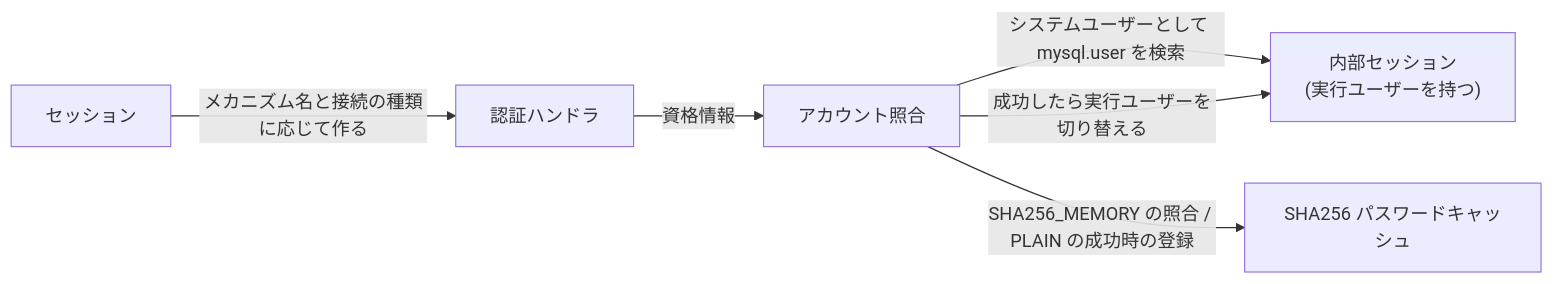
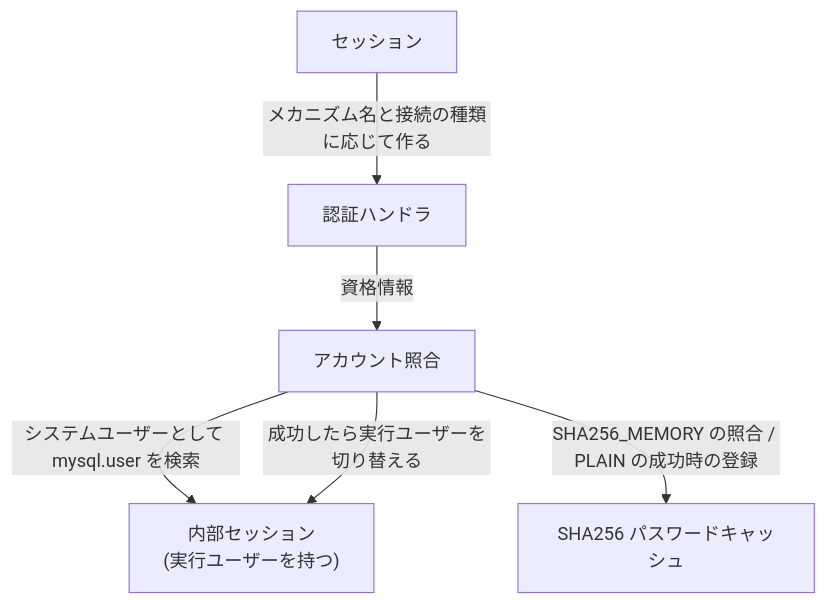
One commit to ren-yamanashi/minesql changed the first of 2 diagrams in docs/specification/connection/authentication.md. Above: the diagram before and after it, drawn with Mermaid. The commit also changed other lines of this file and 11 other files, not shown here.

````diff
--- a/docs/specification/connection/authentication.md
+++ b/docs/specification/connection/authentication.md
@@ -25,8 +21,8 @@
 ```mermaid
-flowchart LR
+flowchart TD
     S["セッション"] -->|"メカニズム名と接続の種類に応じて作る"| A["認証ハンドラ"]
     A -->|"資格情報"| V["アカウント照合"]
     V -->|"システムユーザーとして mysql.user を検索"| I["内部セッション<br/>(実行ユーザーを持つ)"]
     V -->|"成功したら実行ユーザーを切り替える"| I
     V -->|"SHA256_MEMORY の照合 / PLAIN の成功時の登録"| C["SHA256 パスワードキャッシュ"]
 ```
````
